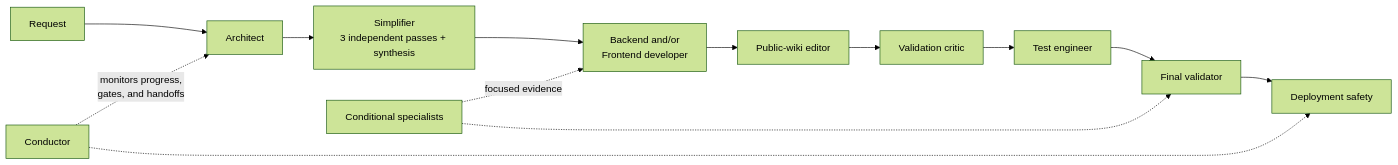
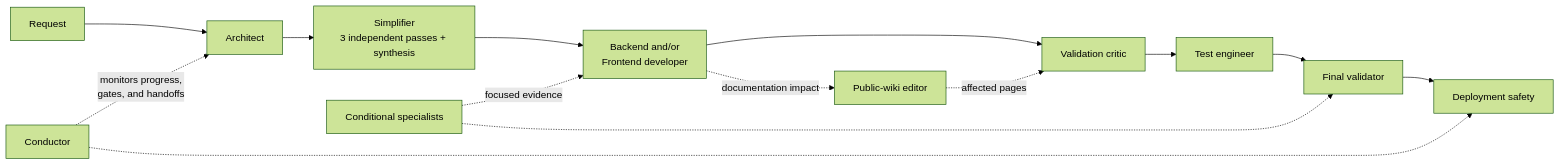
One commit to vasilyevstan/betstan changed the diagram in docs/wiki/Agents.md. Above: the diagram before and after it, drawn with Mermaid (forest theme). The commit also changed other lines of this file and 35 other files, not shown here.

````diff
--- a/docs/wiki/Agents.md
+++ b/docs/wiki/Agents.md
@@ -15,16 +15,17 @@
 ```mermaid
 flowchart LR
     Request --> Architect["Architect"]
     Architect --> Simplifier["Simplifier<br/>3 independent passes + synthesis"]
     Simplifier --> Developer["Backend and/or<br/>Frontend developer"]
-    Developer --> Wiki["Public-wiki editor"]
-    Wiki --> Critic["Validation critic"]
+    Developer --> Critic["Validation critic"]
     Critic --> Tester["Test engineer"]
     Tester --> Final["Final validator"]
     Final --> Release["Deployment safety"]
 
+    Developer -. documentation impact .-> Wiki["Public-wiki editor"]
+    Wiki -. affected pages .-> Critic
     Conductor["Conductor"] -. monitors progress,<br/>gates, and handoffs .-> Architect
     Conductor -.-> Release
     Specialist["Conditional specialists"] -. focused evidence .-> Developer
     Specialist -.-> Final
 ```
````
